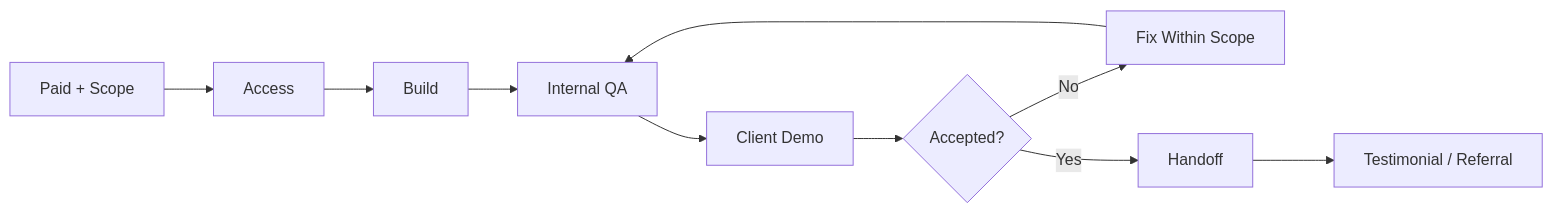
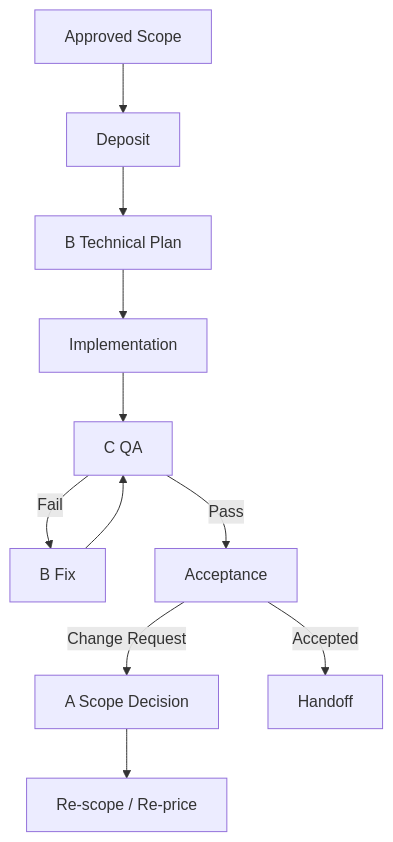
The third of 4 diagrams in 13_UML_Workflows.md (sulmanfarooqq/Documentation-), drawn with Mermaid before and after one commit. The commit also changed other lines of this file and 3 other files, not shown here.

````diff
--- a/13_UML_Workflows.md
+++ b/13_UML_Workflows.md
@@ -24,12 +34,13 @@
 ```mermaid
-flowchart LR
-A[Paid + Scope] --> B[Access]
-B --> C[Build]
-C --> D[Internal QA]
-D --> E[Client Demo]
-E --> F{Accepted?}
-F -- No --> G[Fix Within Scope]
-G --> D
-F -- Yes --> H[Handoff]
-H --> I[Testimonial / Referral]
+flowchart TD
+ SCOPE[Approved Scope] --> DEP[Deposit]
+ DEP --> PLAN[B Technical Plan]
+ PLAN --> BUILD[Implementation]
+ BUILD --> QA[C QA]
+ QA -->|Fail| FIX[B Fix]
+ FIX --> QA
+ QA -->|Pass| ACC[Acceptance]
+ ACC -->|Change Request| A[A Scope Decision]
+ A --> CHANGE[Re-scope / Re-price]
+ ACC -->|Accepted| HAND[Handoff]
 ```
````
